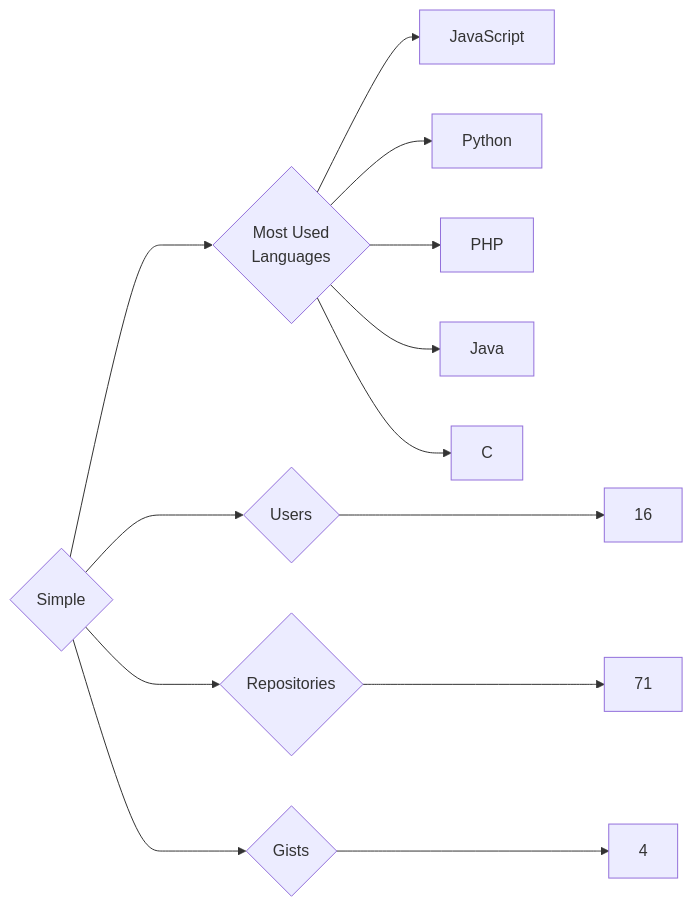
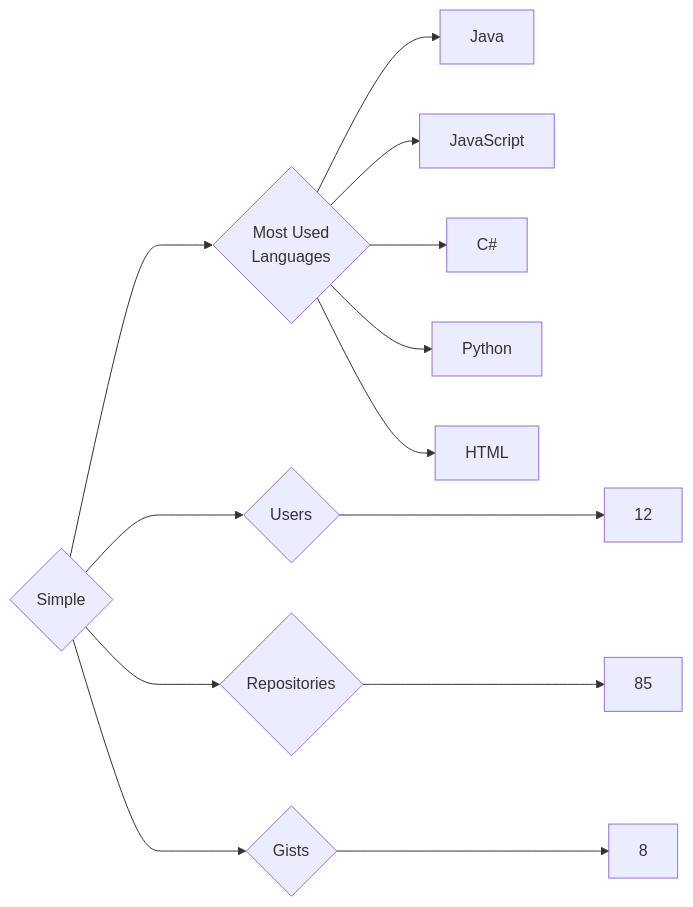
Before and after one commit to trickest/insiders: the diagram in targets/Simple/README.md, drawn with Mermaid. The commit also changed 870 other files, not shown here.

````diff
--- a/targets/Simple/README.md
+++ b/targets/Simple/README.md
@@ -3,13 +3,13 @@
 ```mermaid
 graph LR
 COMPANY_NAME{Simple}
-COMPANY_NAME ---> U{Users} ---> UN[16]
-COMPANY_NAME ---> R{Repositories} ---> RN[71]
-COMPANY_NAME ---> G{Gists} ---> GN[4]
+COMPANY_NAME ---> U{Users} ---> UN[12]
+COMPANY_NAME ---> R{Repositories} ---> RN[85]
+COMPANY_NAME ---> G{Gists} ---> GN[8]
 COMPANY_NAME ---> ML{Most Used<br>Languages}
+ML --> Java[Java]
 ML --> JavaScript[JavaScript]
+ML --> C#[C#]
 ML --> Python[Python]
-ML --> PHP[PHP]
-ML --> Java[Java]
-ML --> C[C]
+ML --> HTML[HTML]
 ```
````
